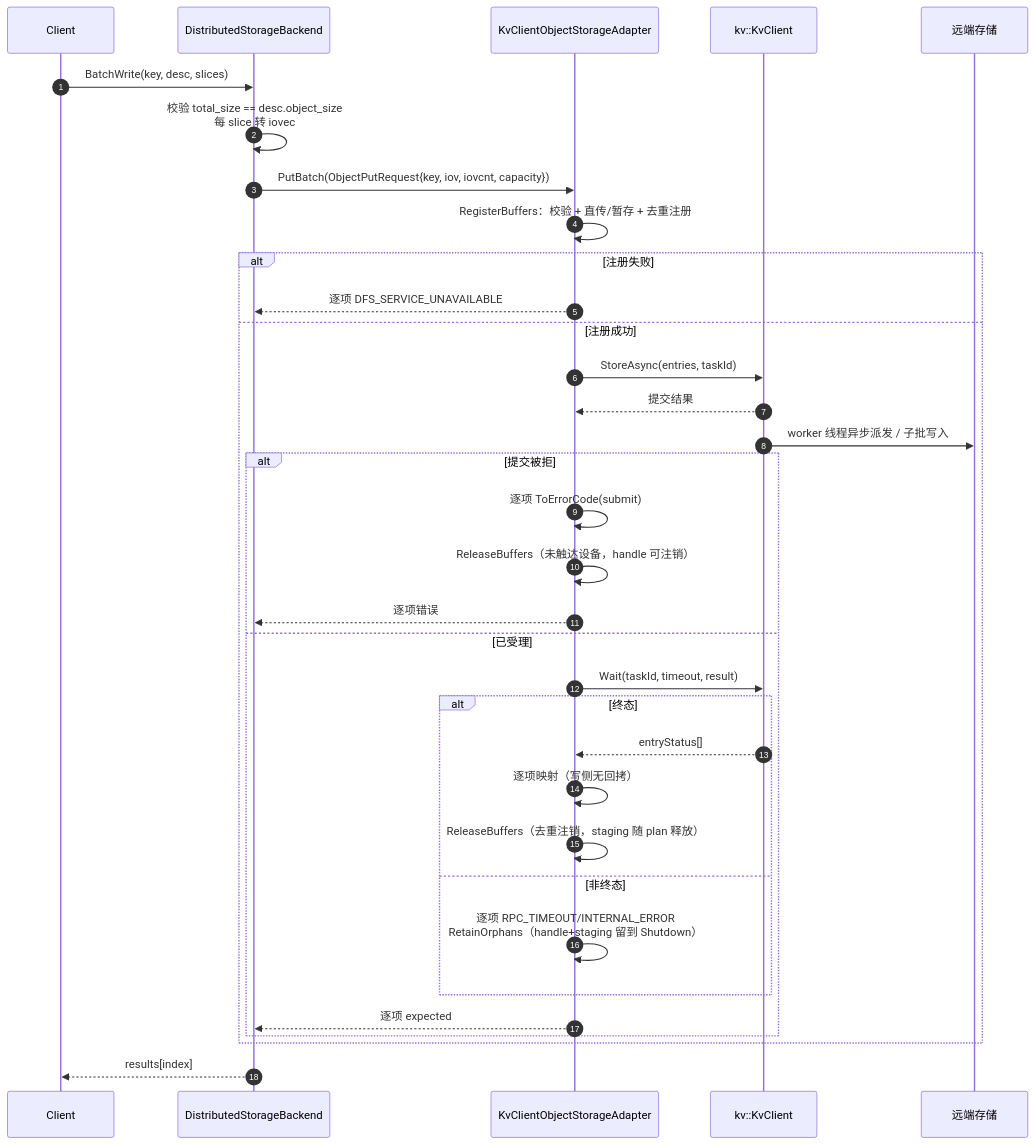
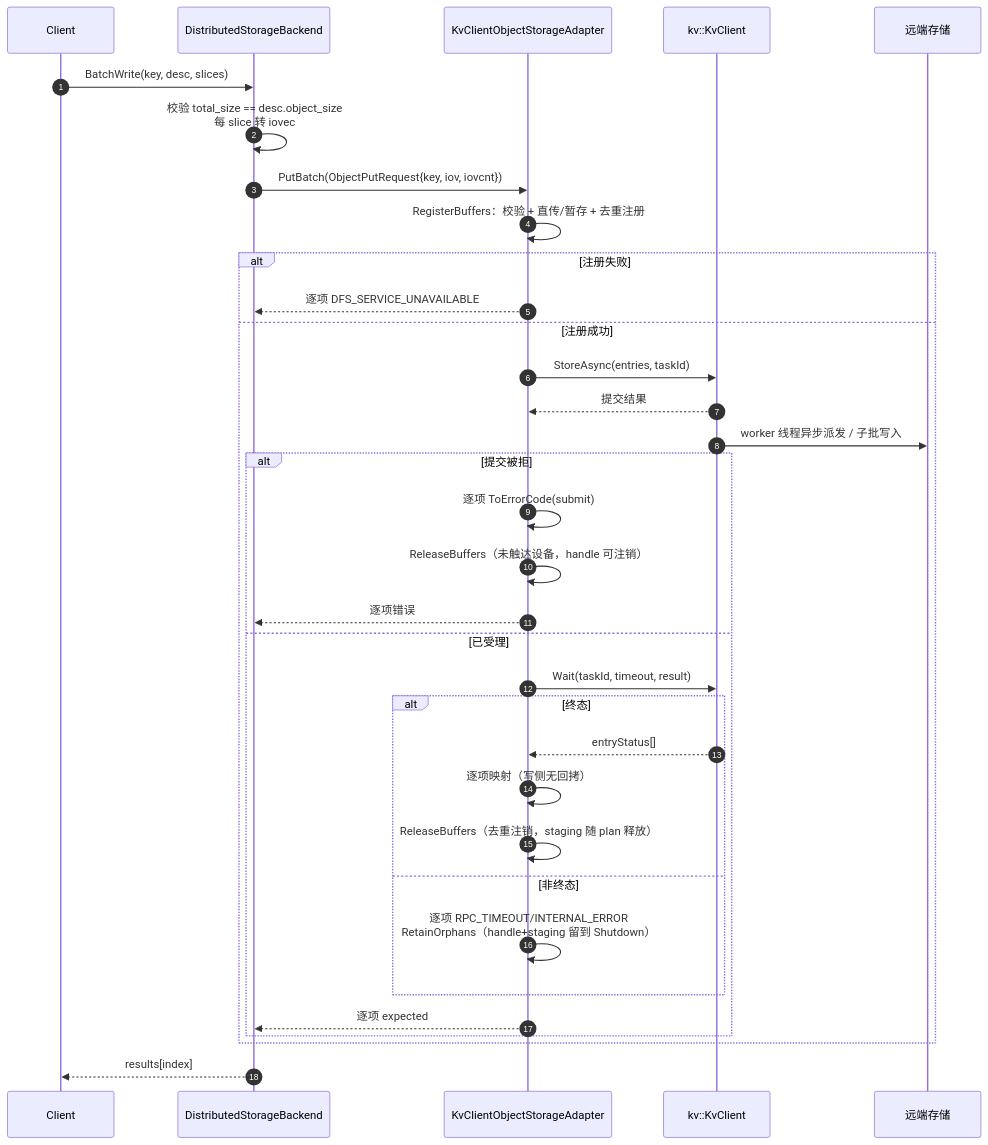
One commit to zwj20000328-dotcom/Mooncake-documents changed the sixth of 9 diagrams in Mooncake + KVClient L3 接入（Kvcs）- PR 实施设计.md. Above: the diagram before and after it, drawn with Mermaid. The commit also changed other lines of this file and 1 other file, not shown here.

Commit message:
docs: gate kvclient direct IO on aligned size instead of capacity

````diff
--- a/Mooncake + KVClient L3 接入（Kvcs）- PR 实施设计.md
+++ b/Mooncake + KVClient L3 接入（Kvcs）- PR 实施设计.md
@@ -644,37 +642,37 @@
 ```mermaid
 sequenceDiagram
     autonumber
     participant C as Client
     participant BE as DistributedStorageBackend
     participant AD as KvClientObjectStorageAdapter
     participant SDK as kv::KvClient
     participant S as 远端存储
 
     C->>BE: BatchWrite(key, desc, slices)
     BE->>BE: 校验 total_size == desc.object_size<br/>每 slice 转 iovec
-    BE->>AD: PutBatch(ObjectPutRequest{key, iov, iovcnt, capacity})
+    BE->>AD: PutBatch(ObjectPutRequest{key, iov, iovcnt})
     AD->>AD: RegisterBuffers：校验 + 直传/暂存 + 去重注册
     alt 注册失败
         AD-->>BE: 逐项 DFS_SERVICE_UNAVAILABLE
     else 注册成功
         AD->>SDK: StoreAsync(entries, taskId)
         SDK-->>AD: 提交结果
         SDK->>S: worker 线程异步派发 / 子批写入
         alt 提交被拒
             AD->>AD: 逐项 ToErrorCode(submit)
             AD->>AD: ReleaseBuffers（未触达设备，handle 可注销）
             AD-->>BE: 逐项错误
         else 已受理
             AD->>SDK: Wait(taskId, timeout, result)
             alt 终态
                 SDK-->>AD: entryStatus[]
                 AD->>AD: 逐项映射（写侧无回拷）
                 AD->>AD: ReleaseBuffers（去重注销，staging 随 plan 释放）
             else 非终态
                 AD->>AD: 逐项 RPC_TIMEOUT/INTERNAL_ERROR<br/>RetainOrphans（handle+staging 留到 Shutdown）
             end
             AD-->>BE: 逐项 expected
         end
     end
     BE-->>C: results[index]
 ```
````
